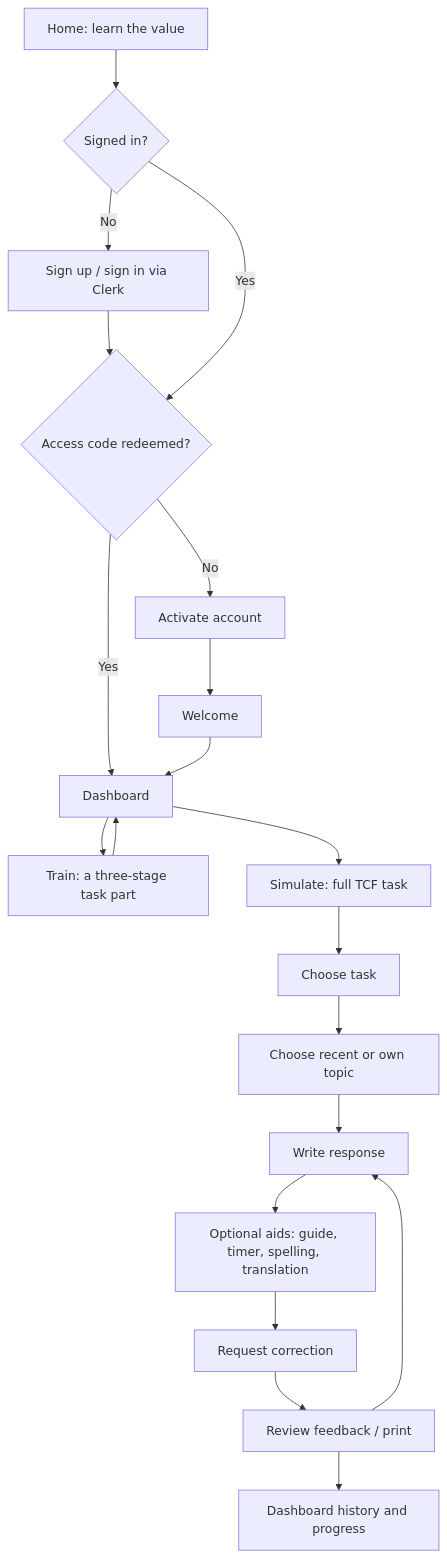
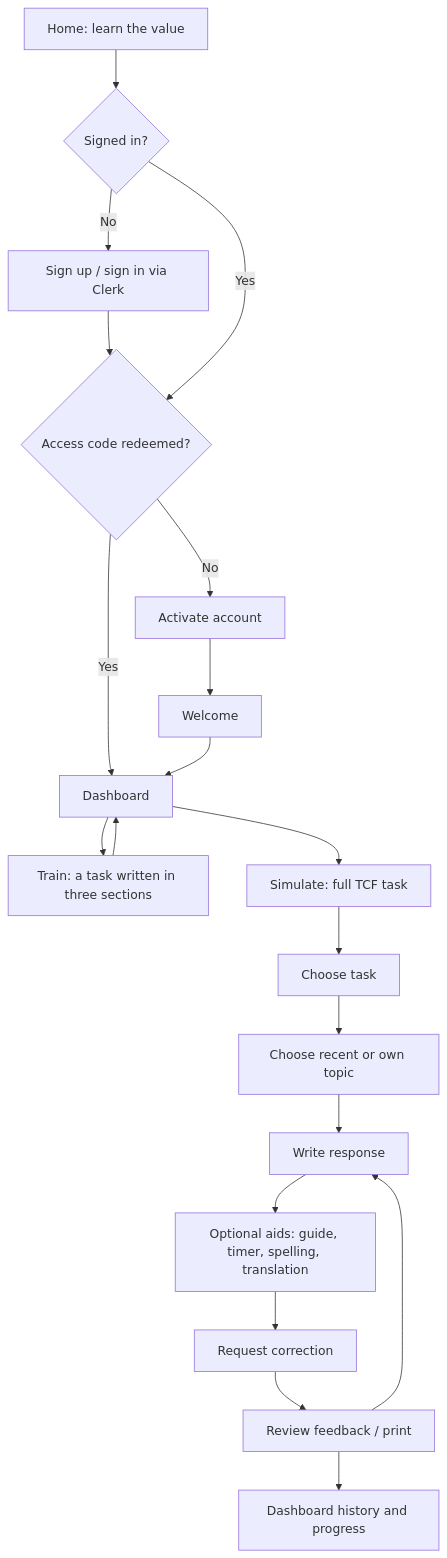
Before and after one commit to git-alves/TCFHelper: the first of 2 diagrams in docs/ux-audit.md, drawn with Mermaid. The commit also changed 36 other files, not shown here.

Commit message:
Replace the part-by-part practice with one sectioned exercise per task and level (#230)

````diff
--- a/docs/ux-audit.md
+++ b/docs/ux-audit.md
@@ -35,22 +35,22 @@
 ```mermaid
 flowchart TD
   A[Home: learn the value] --> B{Signed in?}
   B -- No --> C[Sign up / sign in via Clerk]
   C --> D{Access code redeemed?}
   B -- Yes --> D
   D -- No --> E[Activate account]
   E --> F[Welcome]
   D -- Yes --> G[Dashboard]
   F --> G
-  G --> H[Train: a three-stage task part]
+  G --> H[Train: a task written in three sections]
   G --> I[Simulate: full TCF task]
   H --> G
   I --> J[Choose task]
   J --> K[Choose recent or own topic]
   K --> L[Write response]
   L --> M[Optional aids: guide, timer, spelling, translation]
   M --> N[Request correction]
   N --> O[Review feedback / print]
   O --> L
   O --> P[Dashboard history and progress]
 ```
````
